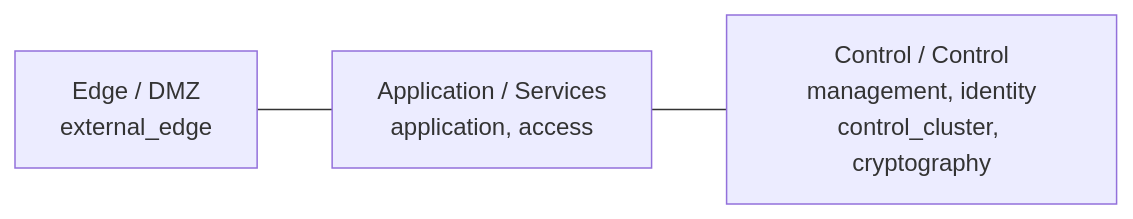
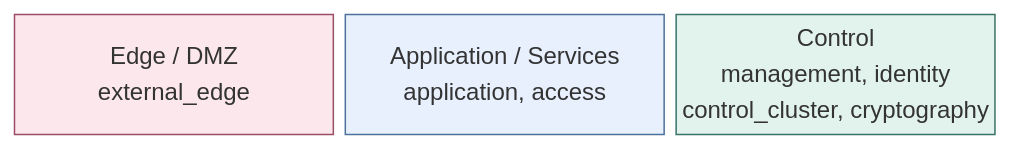
Before and after one commit to Rexus/homelab: the second of 3 diagrams in docs/architecture/README.md, drawn with Mermaid. The commit also changed other lines of this file and 49 other files, not shown here.

Commit message:
docs(diagrams): clarify tier layouts and visual styles

````diff
--- a/docs/architecture/README.md
+++ b/docs/architecture/README.md
@@ -178,7 +183,14 @@
 ```mermaid
-flowchart LR
+block-beta
+  columns 3
   Edge["Edge / DMZ<br/>external_edge"]
   Application["Application / Services<br/>application, access"]
-  Control["Control / Control<br/>management, identity<br/>control_cluster, cryptography"]
-  Edge --- Application --- Control
+  Control["Control<br/>management, identity<br/>control_cluster, cryptography"]
+  classDef default fill:#f8fafc,stroke:#64748b,color:#1f2937
+  classDef edge fill:#fce8ec,stroke:#9b4d67,color:#502638
+  classDef services fill:#e7f0fc,stroke:#4d719b,color:#203a5b
+  classDef control fill:#e2f3ed,stroke:#397366,color:#173f36
+  class Edge edge
+  class Application services
+  class Control control
 ```
````
